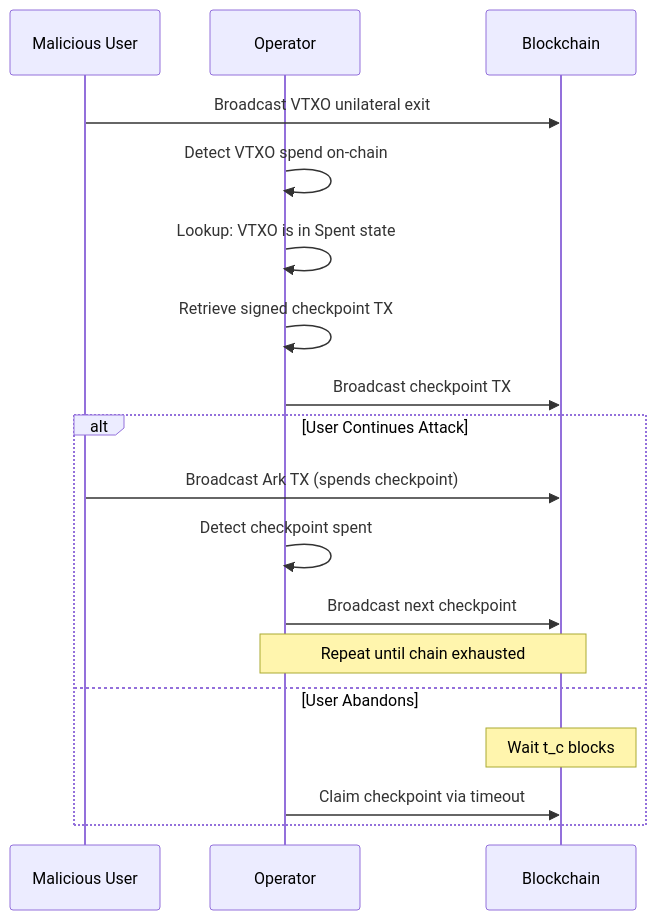
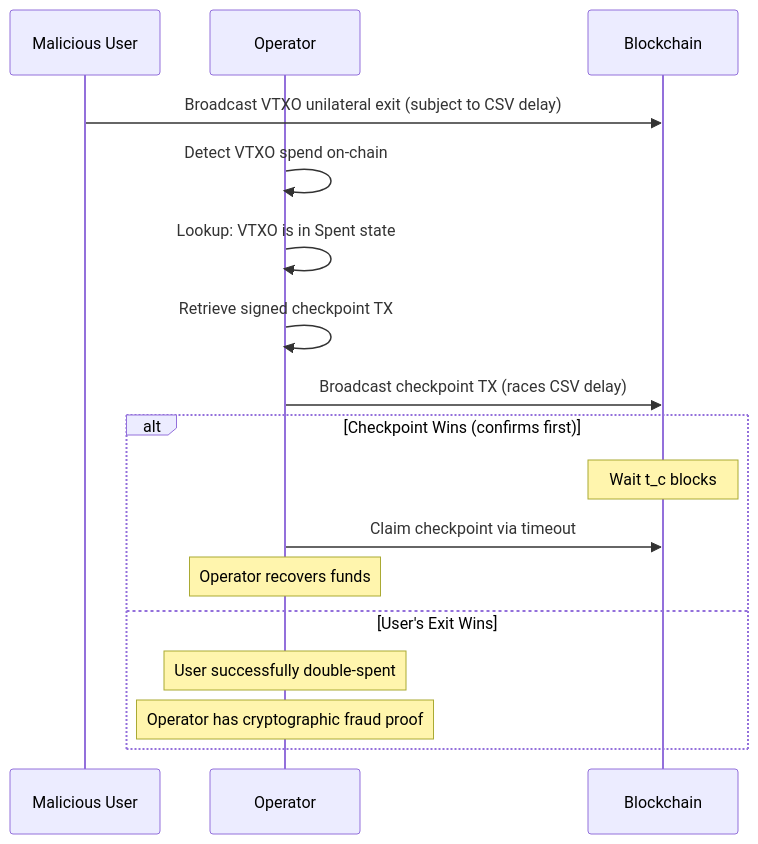
Before and after one commit to lightninglabs/wavelength: the third of 7 diagrams in docs/ark-specs/ARK-04-monitoring.md, drawn with Mermaid. The commit also changed other lines of this file and 6 other files, not shown here.

````diff
--- a/docs/ark-specs/ARK-04-monitoring.md
+++ b/docs/ark-specs/ARK-04-monitoring.md
@@ -304,24 +358,23 @@
 ```mermaid
 sequenceDiagram
     participant M as Malicious User
     participant O as Operator
     participant BC as Blockchain
 
-    M->>BC: Broadcast VTXO unilateral exit
+    M->>BC: Broadcast VTXO unilateral exit (subject to CSV delay)
 
     O->>O: Detect VTXO spend on-chain
     O->>O: Lookup: VTXO is in Spent state
     O->>O: Retrieve signed checkpoint TX
 
-    O->>BC: Broadcast checkpoint TX
+    O->>BC: Broadcast checkpoint TX (races CSV delay)
 
-    alt User Continues Attack
-        M->>BC: Broadcast Ark TX (spends checkpoint)
-        O->>O: Detect checkpoint spent
-        O->>BC: Broadcast next checkpoint
-        Note over O,BC: Repeat until chain exhausted
-    else User Abandons
+    alt Checkpoint Wins (confirms first)
         Note over BC: Wait t_c blocks
         O->>BC: Claim checkpoint via timeout
+        Note over O: Operator recovers funds
+    else User's Exit Wins
+        Note over O: User successfully double-spent
+        Note over O: Operator has cryptographic fraud proof
     end
 ```
````
